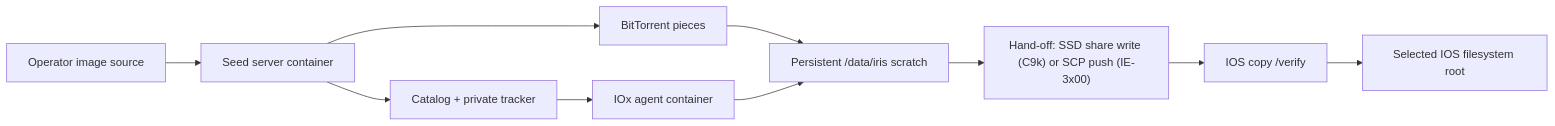
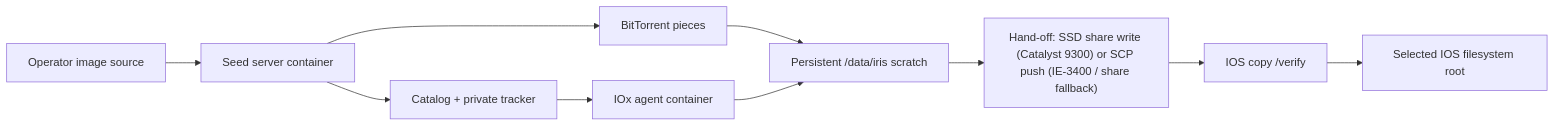
Before and after one commit to cisco-open/intelligent-release-image-staging: the diagram in docs/zensical/containers.md, drawn with Mermaid. The commit also changed other lines of this file and 18 other files, not shown here.

````diff
--- a/docs/zensical/containers.md
+++ b/docs/zensical/containers.md
@@ -21,12 +21,12 @@
 ```mermaid
 flowchart LR
     Operator["Operator image source"] --> Seed["Seed server container"]
     Seed --> Catalog["Catalog + private tracker"]
     Seed --> Swarm["BitTorrent pieces"]
     Catalog --> Agent["IOx agent container"]
     Swarm --> Scratch["Persistent /data/iris scratch"]
     Agent --> Scratch
-    Scratch --> Hand["Hand-off: SSD share write (C9k) or SCP push (IE-3x00)"]
+    Scratch --> Hand["Hand-off: SSD share write (Catalyst 9300) or SCP push (IE-3400 / share fallback)"]
     Hand --> Verify["IOS copy /verify"]
     Verify --> Target["Selected IOS filesystem root"]
 ```
````
